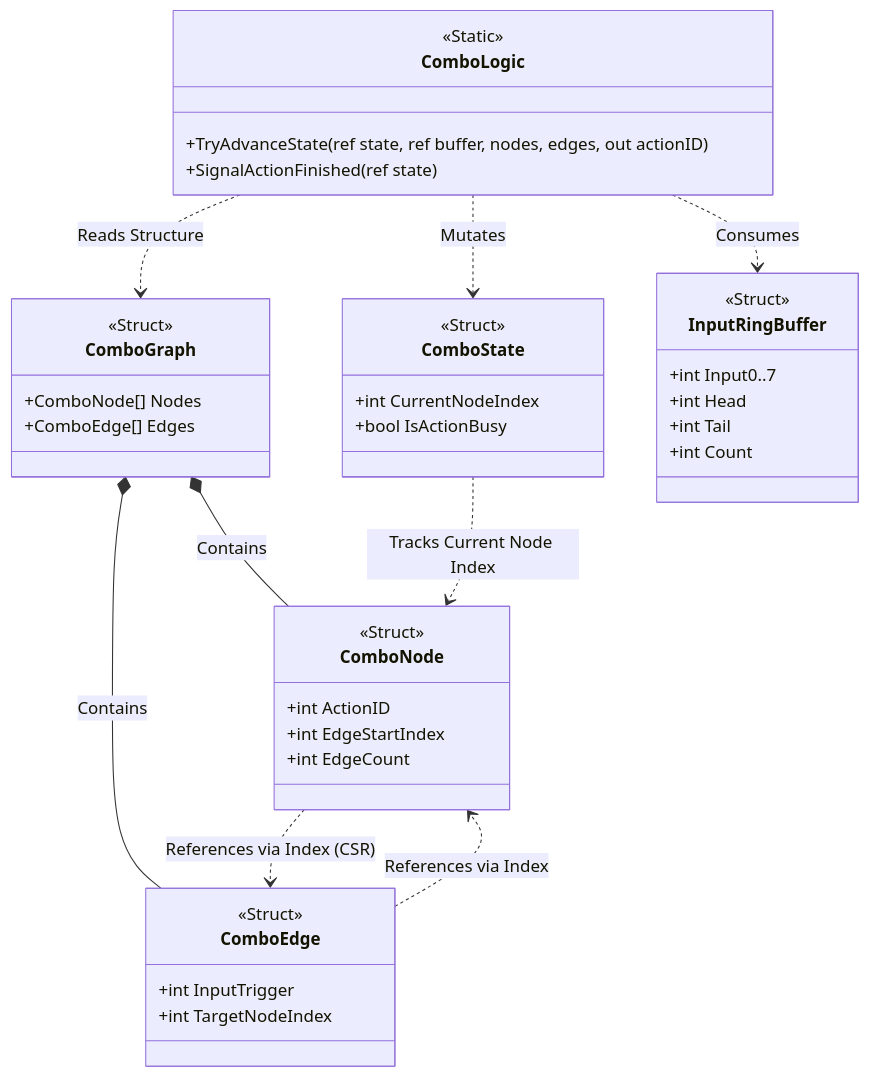
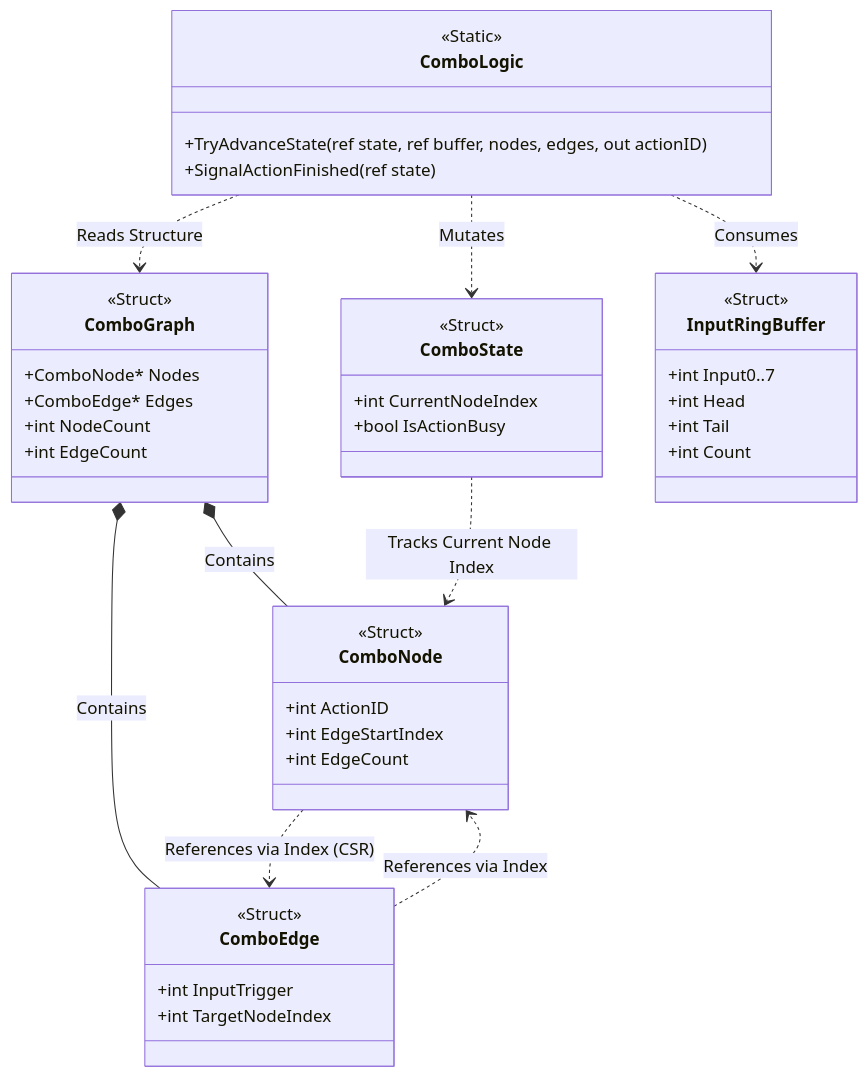
Before and after one commit to IAFahim/GameVariable: the diagram in Variable.Input/DIAGRAM.md, drawn with Mermaid. The commit also changed 3 other files, not shown here.

```diff
--- a/Variable.Input/DIAGRAM.md
+++ b/Variable.Input/DIAGRAM.md
@@ -5,8 +5,10 @@
     %% Data Layer (Structs)
     class ComboGraph {
         <<Struct>>
-        +ComboNode[] Nodes
-        +ComboEdge[] Edges
+        +ComboNode* Nodes
+        +ComboEdge* Edges
+        +int NodeCount
+        +int EdgeCount
     }
     
     class ComboNode {
```
